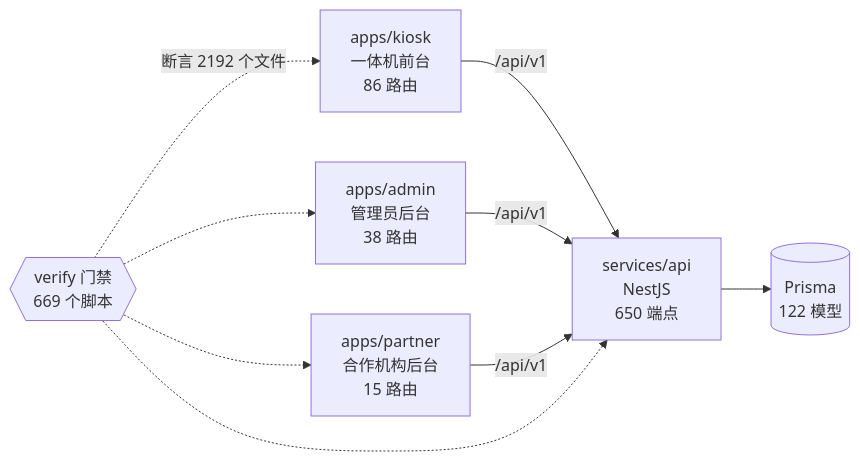
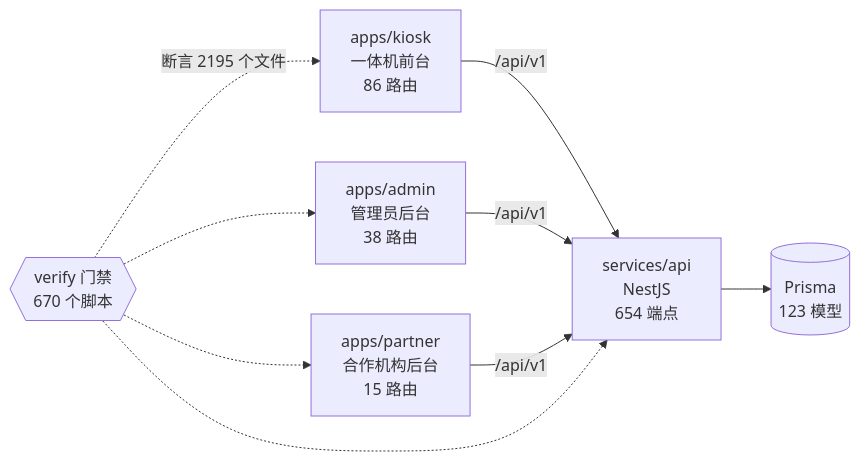
One commit to wanglei581/YITIJI changed the diagram in docs/graph/README.md. Above: the diagram before and after it, drawn with Mermaid. The commit also changed other lines of this file and 5 other files, not shown here.

Commit message:
按收费设置重生项目图谱。

````diff
--- a/docs/graph/README.md
+++ b/docs/graph/README.md
@@ -68,18 +68,18 @@
 ```mermaid
 flowchart LR
   kiosk["apps/kiosk<br/>一体机前台<br/>86 路由"]
   admin["apps/admin<br/>管理员后台<br/>38 路由"]
   partner["apps/partner<br/>合作机构后台<br/>15 路由"]
-  api["services/api<br/>NestJS<br/>650 端点"]
-  db[("Prisma<br/>122 模型")]
-  gates{{"verify 门禁<br/>669 个脚本"}}
+  api["services/api<br/>NestJS<br/>654 端点"]
+  db[("Prisma<br/>123 模型")]
+  gates{{"verify 门禁<br/>670 个脚本"}}
 
   kiosk -->|"/api/v1"| api
   admin -->|"/api/v1"| api
   partner -->|"/api/v1"| api
   api --> db
-  gates -.->|"断言 2192 个文件"| kiosk
+  gates -.->|"断言 2195 个文件"| kiosk
   gates -.-> admin
   gates -.-> partner
   gates -.-> api
 ```
````
